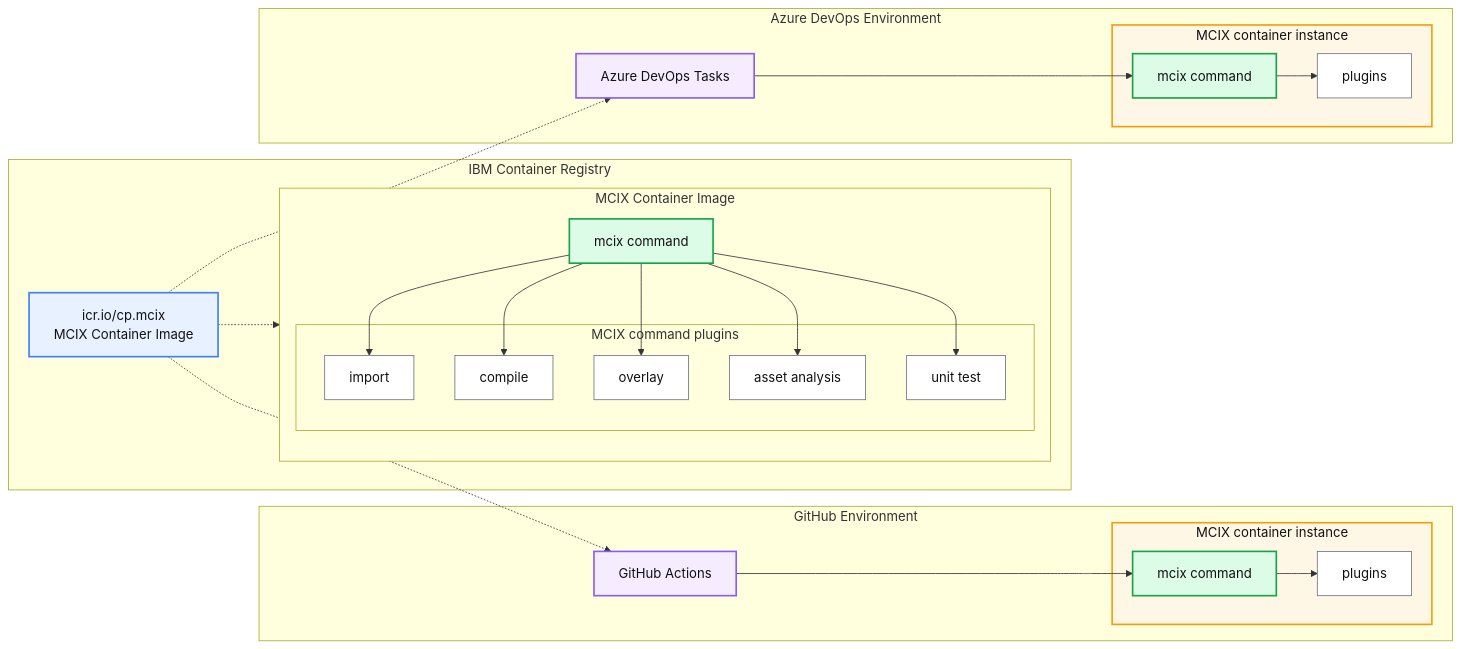
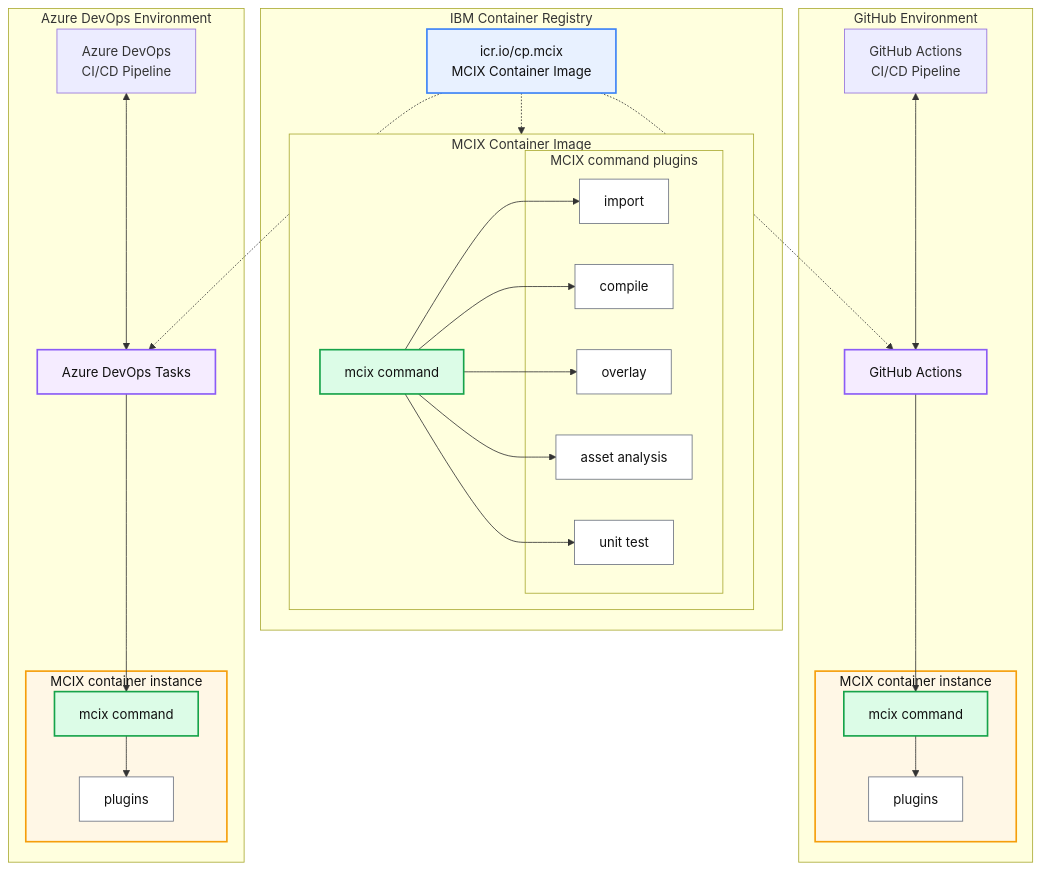
The diagram in ARCHITECTURE.md (MettleCI/mcix), drawn with Mermaid before and after one commit.

````diff
--- a/ARCHITECTURE.md
+++ b/ARCHITECTURE.md
@@ -1,5 +1,5 @@
 ```mermaid
-  flowchart LR
+  flowchart TD
 
   %% =========================
   %% Styles
@@ -16,6 +16,8 @@
   %% =========================
   subgraph GH["GitHub Environment"]
       GHA["GitHub Actions"]
+
+      GHPIPE["GitHub Actions<br/>CI/CD Pipeline"]
 
       subgraph GHCONT["MCIX container instance"]
           GHMCIX["mcix command"]
@@ -65,6 +67,8 @@
   subgraph ADO["Azure DevOps Environment"]
       ADOT["Azure DevOps Tasks"]
 
+      ADOPIPE["Azure DevOps<br/>CI/CD Pipeline"]
+
       subgraph ADOCONT["MCIX container instance"]
           ADOMCIX["mcix command"]
           ADOP1["plugins"]
@@ -84,9 +88,12 @@
   %% =========================
   %% Tooling references into runtime
   %% =========================
+  GHPIPE <--> GHA
+  
   GHA --> GHMCIX
   GHMCIX --> GHP1
 
+  ADOPIPE <--> ADOT
   ADOT --> ADOMCIX
   ADOMCIX --> ADOP1
 ```
````
